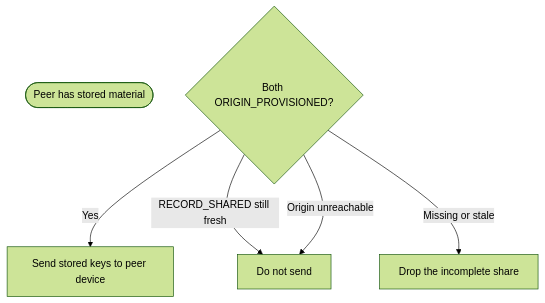
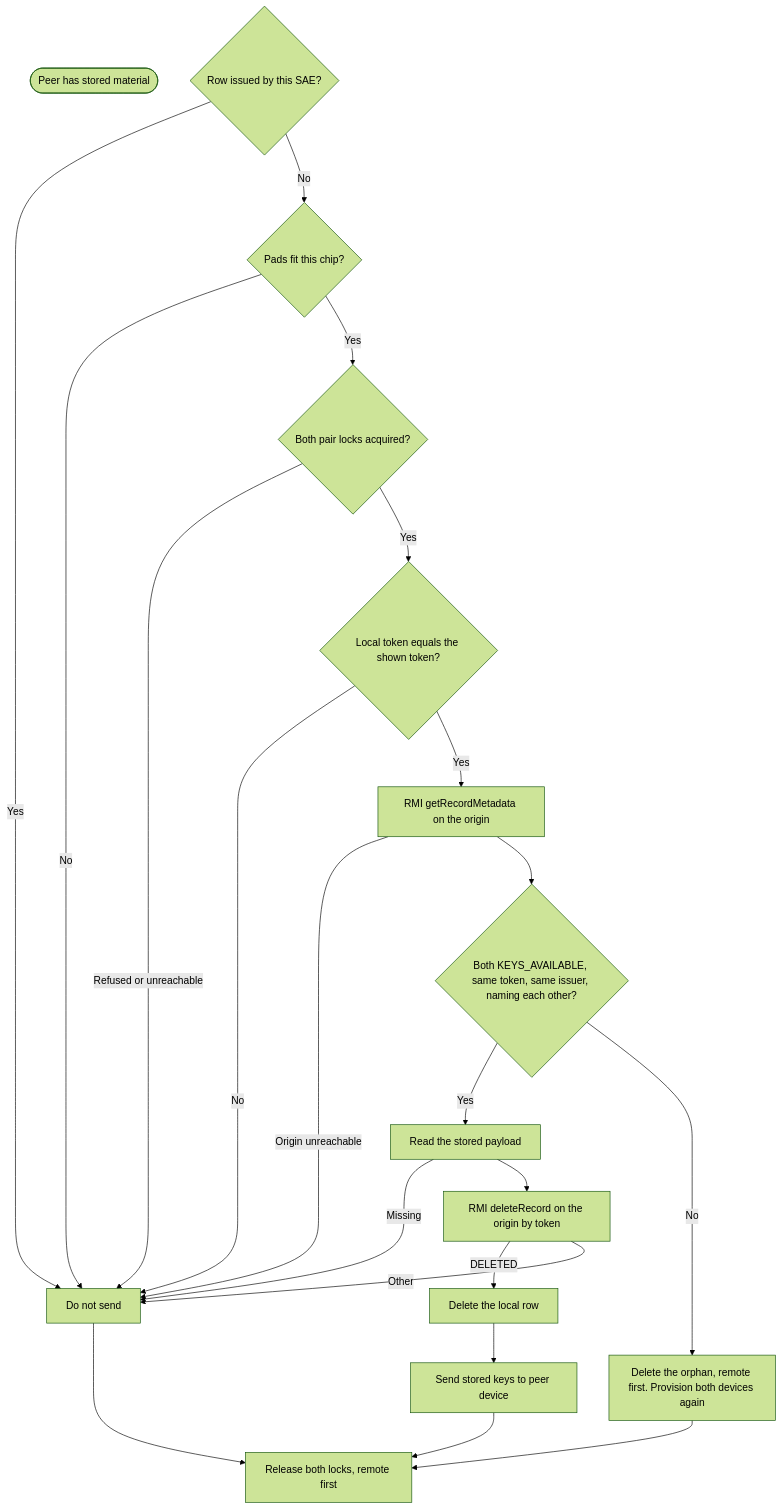
The ninth of 9 diagrams in JAVA_APPS/docs/FLOWCHARTS.md (vonasmic/one-time-pad-keychain), drawn with Mermaid (forest theme) before and after one commit. The commit also changed other lines of this file and 310 other files, not shown here.

````diff
--- a/JAVA_APPS/docs/FLOWCHARTS.md
+++ b/JAVA_APPS/docs/FLOWCHARTS.md
@@ -249,9 +333,25 @@
 ```mermaid
 flowchart TD
     Start([Peer has stored material])
-    Both{Both ORIGIN_PROVISIONED?}
-    Both -->|Yes| Send[Send stored keys to peer device]
-    Both -->|RECORD_SHARED still fresh| Hold[Do not send]
-    Both -->|Missing or stale| Clean[Drop the incomplete share]
-    Both -->|Origin unreachable| Hold
+    Own{Row issued by this SAE?}
+    Own -->|Yes| Hold[Do not send]
+    Own -->|No| Fit{Pads fit this chip?}
+    Fit -->|No| Hold
+    Fit -->|Yes| Lock{Both pair locks acquired?}
+    Lock -->|Refused or unreachable| Hold
+    Lock -->|Yes| Same{Local token equals the shown token?}
+    Same -->|No| Hold
+    Same -->|Yes| Origin[RMI getRecordMetadata on the origin]
+    Origin -->|Origin unreachable| Hold
+    Origin --> Decide{Both KEYS_AVAILABLE, same token, same issuer, naming each other?}
+    Decide -->|Yes| Payload[Read the stored payload]
+    Payload -->|Missing| Hold
+    Payload --> RemoteFirst[RMI deleteRecord on the origin by token]
+    RemoteFirst -->|DELETED| Read[Delete the local row]
+    RemoteFirst -->|Other| Hold
+    Read --> Send[Send stored keys to peer device]
+    Decide -->|No| Orphan[Delete the orphan, remote first. Provision both devices again]
+    Send --> Release[Release both locks, remote first]
+    Hold --> Release
+    Orphan --> Release
 ```
````
